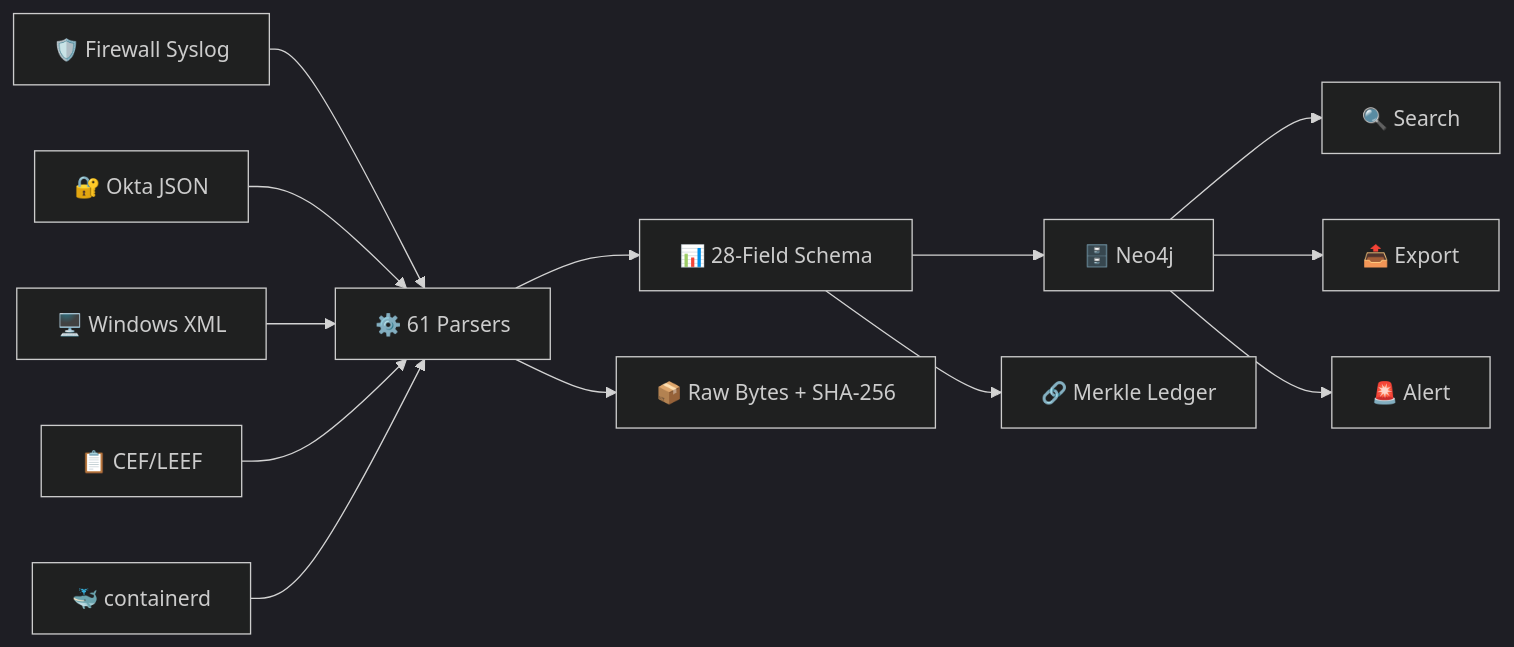
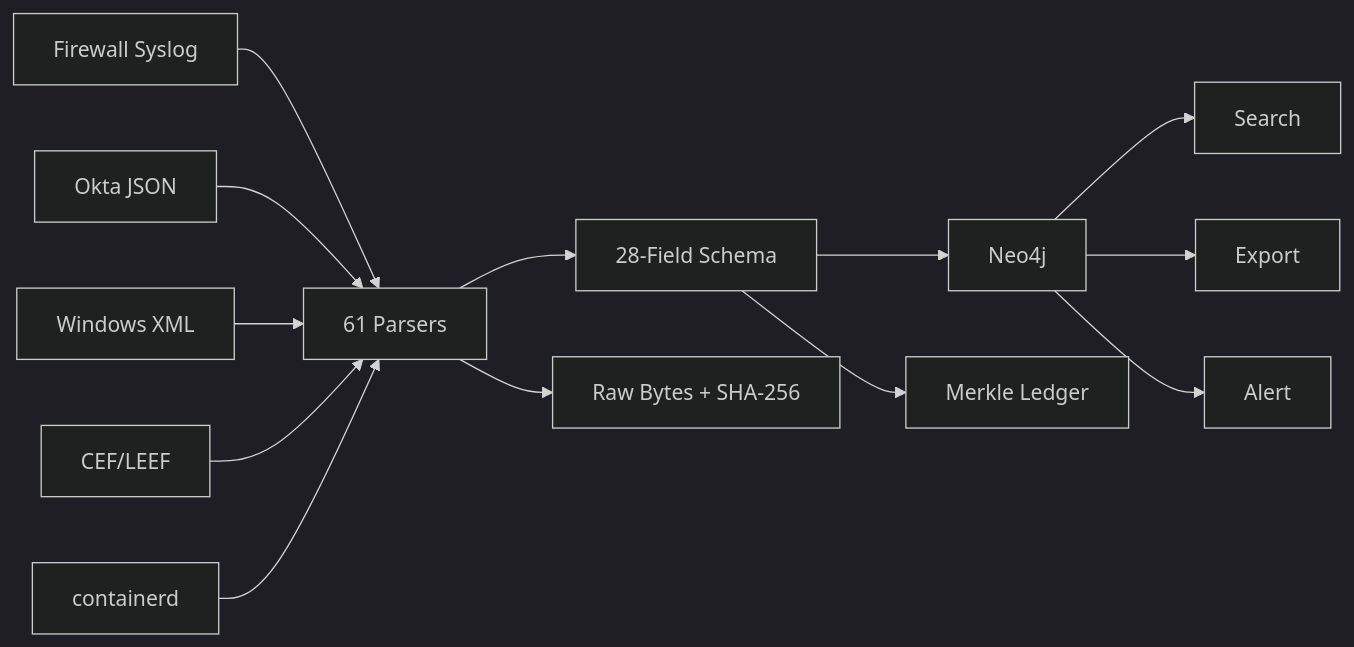
One commit to satvik-sharma-05/ULPF changed the diagram in README.md. Above: the diagram before and after it, drawn with Mermaid (dark theme). The commit also changed other lines of this file and 2 other files, not shown here.

First line of the commit message:
docs: architecture diagram as the README hero, drop emoji

````diff
--- a/README.md
+++ b/README.md
@@ -18,18 +248,18 @@
 ```mermaid
 flowchart LR
-    firewall[🛡️ Firewall Syslog] --> parser
-    okta[🔐 Okta JSON] --> parser
-    windows[🖥️ Windows XML] --> parser
-    cef[📋 CEF/LEEF] --> parser
-    containerd[🐳 containerd] --> parser
-    
-    parser[⚙️ 61 Parsers] --> schema[📊 28-Field Schema]
-    parser --> raw[📦 Raw Bytes + SHA-256]
-    
-    schema --> neo4j[🗄️ Neo4j]
-    schema --> merkle[🔗 Merkle Ledger]
-    
-    neo4j --> search[🔍 Search]
-    neo4j --> export[📤 Export]
-    neo4j --> alert[🚨 Alert]
+    firewall[Firewall Syslog] --> parser
+    okta[Okta JSON] --> parser
+    windows[Windows XML] --> parser
+    cef[CEF/LEEF] --> parser
+    containerd[containerd] --> parser
+
+    parser[61 Parsers] --> schema[28-Field Schema]
+    parser --> raw[Raw Bytes + SHA-256]
+
+    schema --> neo4j[Neo4j]
+    schema --> merkle[Merkle Ledger]
+
+    neo4j --> search[Search]
+    neo4j --> export[Export]
+    neo4j --> alert[Alert]
 ```
````
